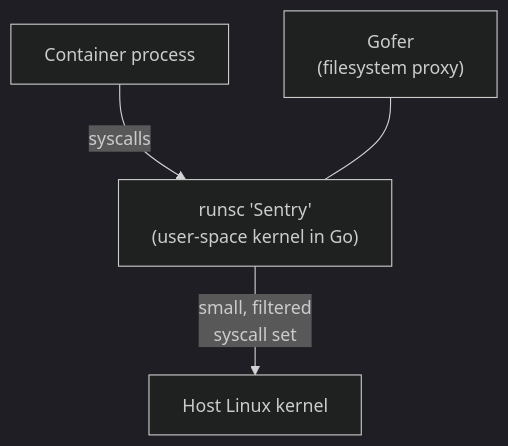
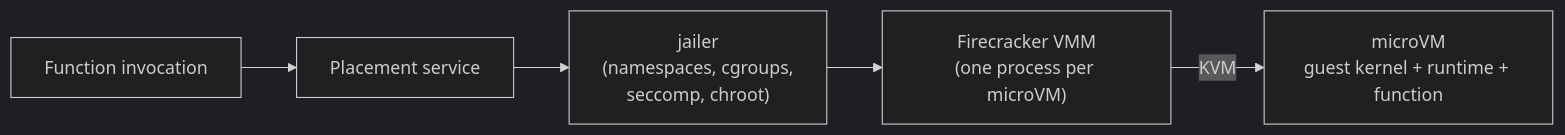
The sixth of 7 diagrams in github-pages/docs/technology/container-runtimes.md (AndrewAltimit/Documentation), drawn with Mermaid (dark theme) before and after one commit. The commit also changed other lines of this file and 240 other files, not shown here.

````diff
--- a/github-pages/docs/technology/container-runtimes.md
+++ b/github-pages/docs/technology/container-runtimes.md
@@ -151,6 +355,7 @@
 ```mermaid
-flowchart TD
-    APP["Container process"] -->|syscalls| SENTRY["runsc 'Sentry'<br/>(user-space kernel in Go)"]
-    SENTRY -->|small, filtered<br/>syscall set| HOST["Host Linux kernel"]
-    GOFER["Gofer<br/>(filesystem proxy)"] --- SENTRY
+flowchart LR
+    REQ["Function invocation"] --> SCHED["Placement service"]
+    SCHED --> J["jailer<br/>(namespaces, cgroups,<br/>seccomp, chroot)"]
+    J --> FC["Firecracker VMM<br/>(one process per microVM)"]
+    FC -->|KVM| VM["microVM<br/>guest kernel + runtime + function"]
 ```
````
